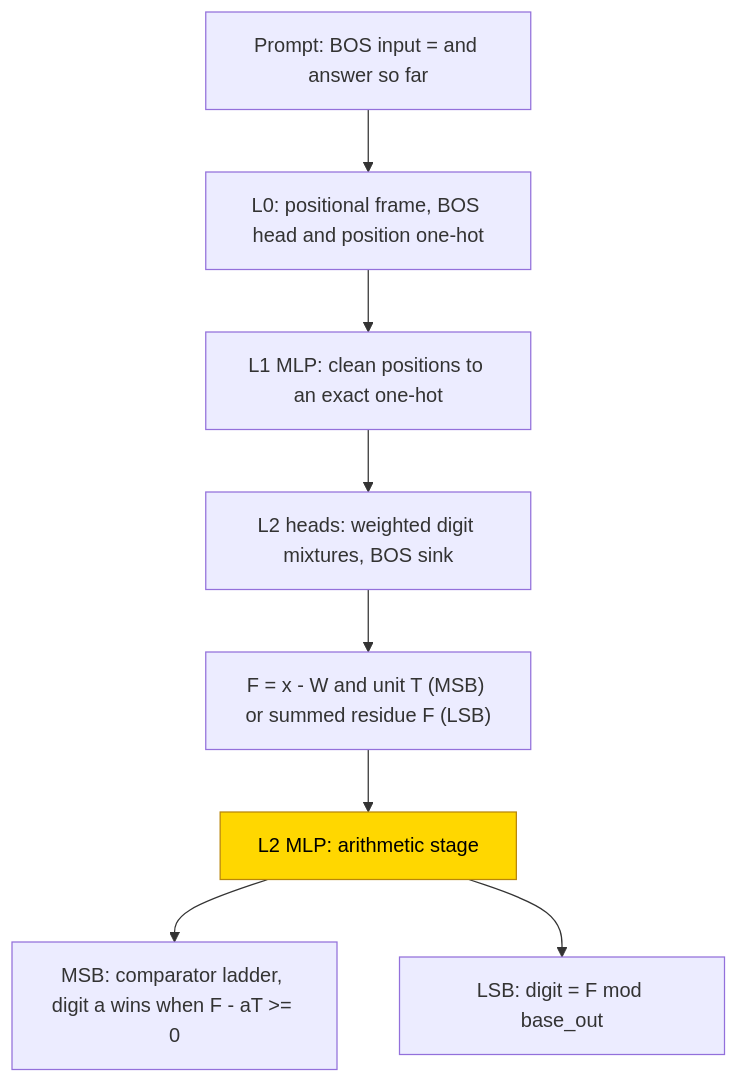
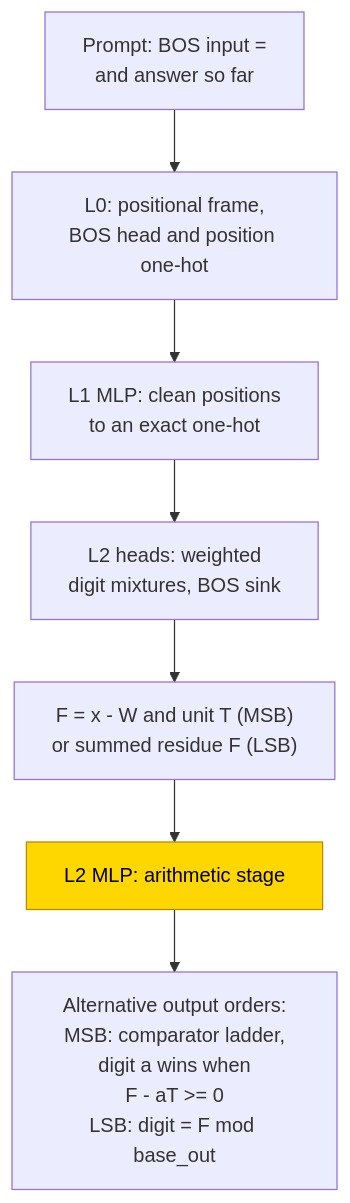
The first of 2 diagrams in entries/output-order-base-conversion.md (jc1122/mechanistic-interpretability-circuit-atlas), drawn with Mermaid before and after one commit. The commit also changed other lines of this file and 40 other files, not shown here.

First line of the commit message:
Cold-reader pass on all 41 entries: reading routes, first-screen scopes, accessible diagrams, verified headline sources (ux_reader1/2)

````diff
--- a/entries/output-order-base-conversion.md
+++ b/entries/output-order-base-conversion.md
@@ -117,12 +121,13 @@
 ```mermaid
 flowchart TD
-    P["Prompt: BOS input = and answer so far"] --> L0["L0: positional frame, BOS head and position one-hot"]
-    L0 --> L1["L1 MLP: clean positions to an exact one-hot"]
-    L1 --> L2H["L2 heads: weighted digit mixtures, BOS sink"]
-    L2H --> F["F = x - W and unit T (MSB) or summed residue F (LSB)"]
+    accTitle: Hand-built conversion magnitude and remainder routes
+    accDescr: Frozen positional framing and digit-fetch heads supply a magnitude and place unit for largest-place-first output, or a residue for units-first output. Only the final arithmetic MLP is trained in PART.
+    P["Prompt: BOS input =<br/>and answer so far"] --> L0["L0: positional frame,<br/>BOS head and position one-hot"]
+    L0 --> L1["L1 MLP: clean positions<br/>to an exact one-hot"]
+    L1 --> L2H["L2 heads: weighted<br/>digit mixtures, BOS sink"]
+    L2H --> F["F = x - W and unit T (MSB)<br/>or summed residue F (LSB)"]
     F --> M["L2 MLP: arithmetic stage"]
-    M --> MSB["MSB: comparator ladder, digit a wins when F - aT >= 0"]
-    M --> LSB["LSB: digit = F mod base_out"]
+    M --> OUT["Alternative output orders:<br/>MSB: comparator ladder,<br/>digit a wins when<br/>F - aT >= 0<br/>LSB: digit = F mod base_out"]
     classDef trained fill:gold,stroke:darkgoldenrod,color:black
     class M trained
 ```
````
